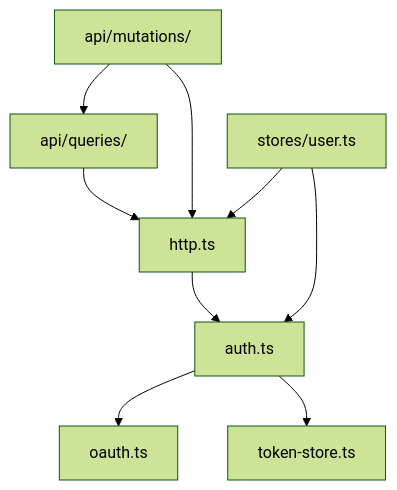
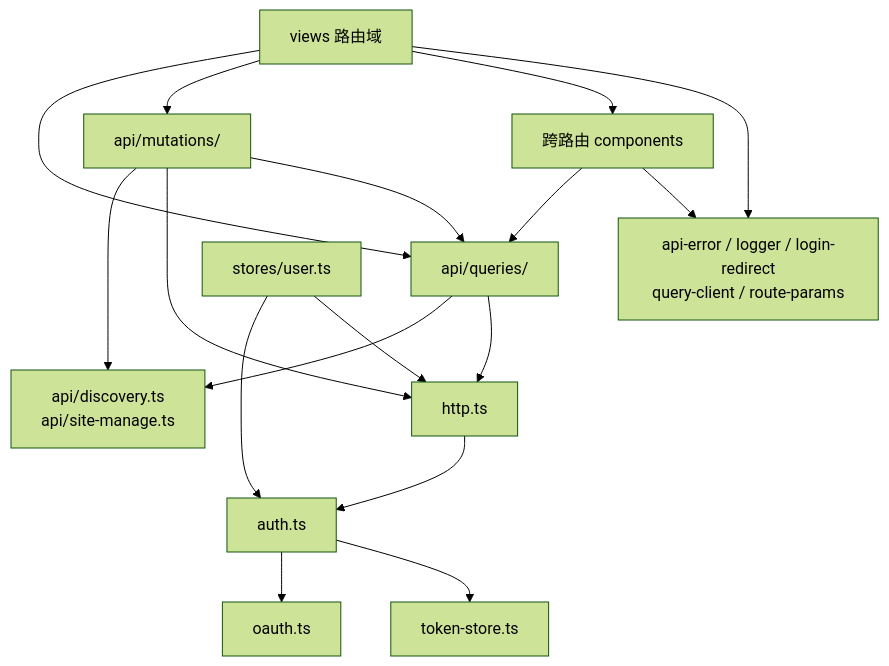
Before and after one commit to shellRaining/cc98: the diagram in docs/frontend.md, drawn with Mermaid (forest theme). The commit also changed other lines of this file and 180 other files, not shown here.

````diff
--- a/docs/frontend.md
+++ b/docs/frontend.md
@@ -19,19 +19,31 @@
 ```mermaid
 graph TD
   token_store["token-store.ts"]
   oauth["oauth.ts"]
   auth["auth.ts"]
   http["http.ts"]
+  lib_other["api-error / logger / login-redirect<br/>query-client / route-params"]
+  api_contracts["api/discovery.ts<br/>api/site-manage.ts"]
   queries["api/queries/"]
   mutations["api/mutations/"]
   stores_user["stores/user.ts"]
+  views["views 路由域"]
+  components["跨路由 components"]
 
   auth --> oauth
   auth --> token_store
   http --> auth
+  queries --> api_contracts
   queries --> http
+  mutations --> api_contracts
   mutations --> http
   mutations --> queries
   stores_user --> auth
   stores_user --> http
+  views --> queries
+  views --> mutations
+  views --> components
+  components --> queries
+  views --> lib_other
+  components --> lib_other
 ```
````
